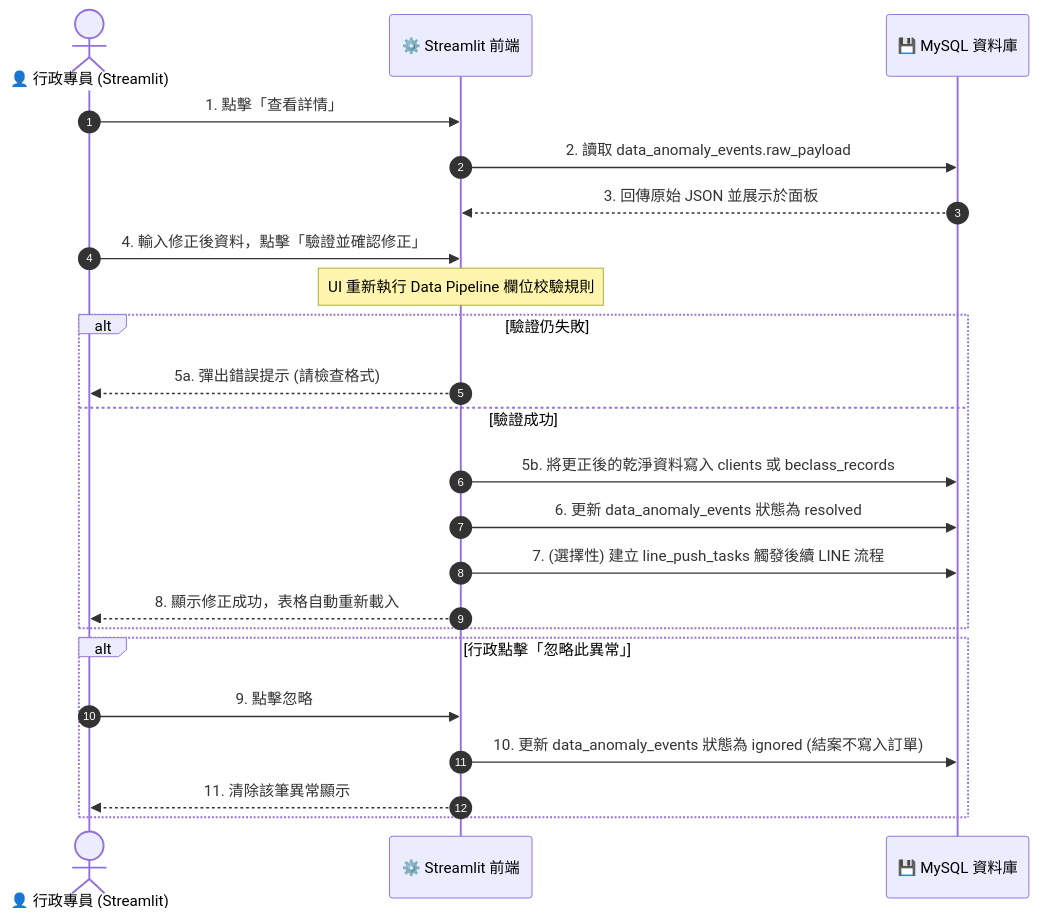
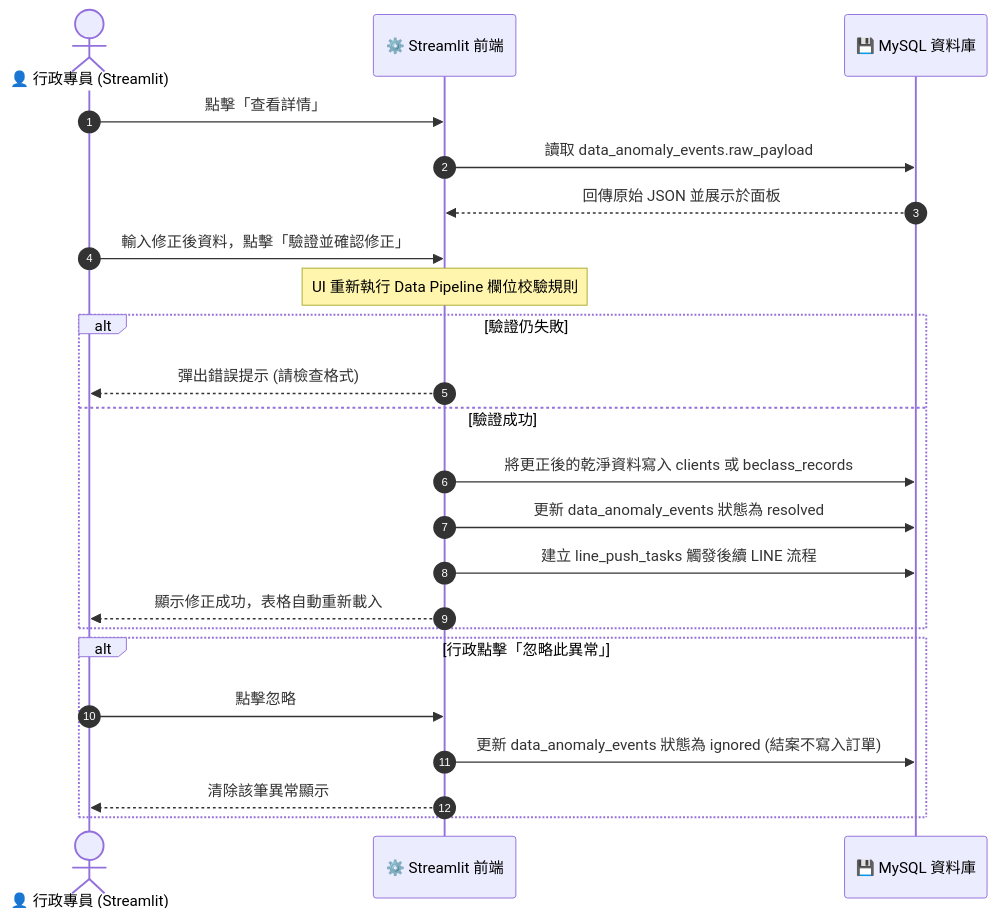
The first of 3 diagrams in document/管理端UI/設計規格書(Streamlit UI).md (chrishzc/Labor_union), drawn with Mermaid before and after one commit. The commit also changed other lines of this file and 11 other files, not shown here.

````diff
--- a/document/管理端UI/設計規格書(Streamlit UI).md
+++ b/document/管理端UI/設計規格書(Streamlit UI).md
@@ -63,29 +61,29 @@
 ```mermaid
 sequenceDiagram
     autonumber
     actor Admin as 👤 行政專員 (Streamlit)
     participant UI as ⚙️ Streamlit 前端
     participant DB as 💾 MySQL 資料庫
 
-    Admin->>UI: 1. 點擊「查看詳情」
-    UI->>DB: 2. 讀取 data_anomaly_events.raw_payload
-    DB-->>UI: 3. 回傳原始 JSON 並展示於面板
+    Admin->>UI: 點擊「查看詳情」
+    UI->>DB: 讀取 data_anomaly_events.raw_payload
+    DB-->>UI: 回傳原始 JSON 並展示於面板
     
-    Admin->>UI: 4. 輸入修正後資料，點擊「驗證並確認修正」
+    Admin->>UI: 輸入修正後資料，點擊「驗證並確認修正」
     Note over UI: UI 重新執行 Data Pipeline 欄位校驗規則
 
     alt 驗證仍失敗
-        UI-->>Admin: 5a. 彈出錯誤提示 (請檢查格式)
+        UI-->>Admin: 彈出錯誤提示 (請檢查格式)
     else 驗證成功
-        UI->>DB: 5b. 將更正後的乾淨資料寫入 clients 或 beclass_records
-        UI->>DB: 6. 更新 data_anomaly_events 狀態為 resolved
-        UI->>DB: 7. (選擇性) 建立 line_push_tasks 觸發後續 LINE 流程
-        UI-->>Admin: 8. 顯示修正成功，表格自動重新載入
+        UI->>DB: 將更正後的乾淨資料寫入 clients 或 beclass_records
+        UI->>DB: 更新 data_anomaly_events 狀態為 resolved
+        UI->>DB: 建立 line_push_tasks 觸發後續 LINE 流程
+        UI-->>Admin: 顯示修正成功，表格自動重新載入
     end
 
     alt 行政點擊「忽略此異常」
-        Admin->>UI: 9. 點擊忽略
-        UI->>DB: 10. 更新 data_anomaly_events 狀態為 ignored (結案不寫入訂單)
-        UI-->>Admin: 11. 清除該筆異常顯示
+        Admin->>UI: 點擊忽略
+        UI->>DB: 更新 data_anomaly_events 狀態為 ignored (結案不寫入訂單)
+        UI-->>Admin: 清除該筆異常顯示
     end
 ```
````
